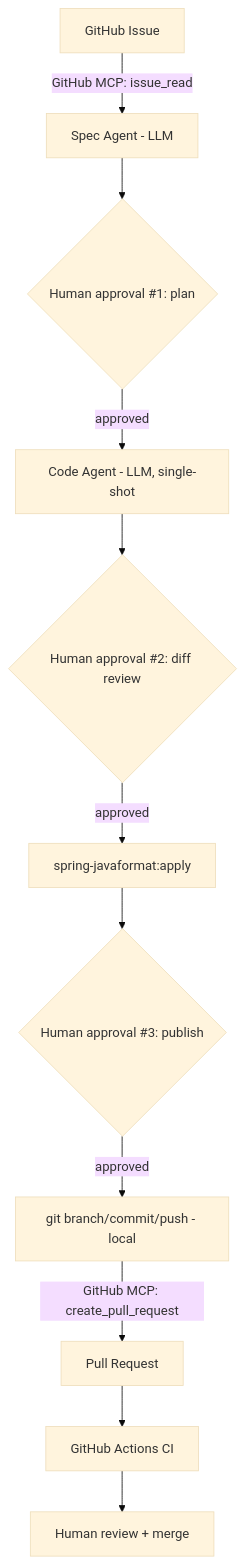
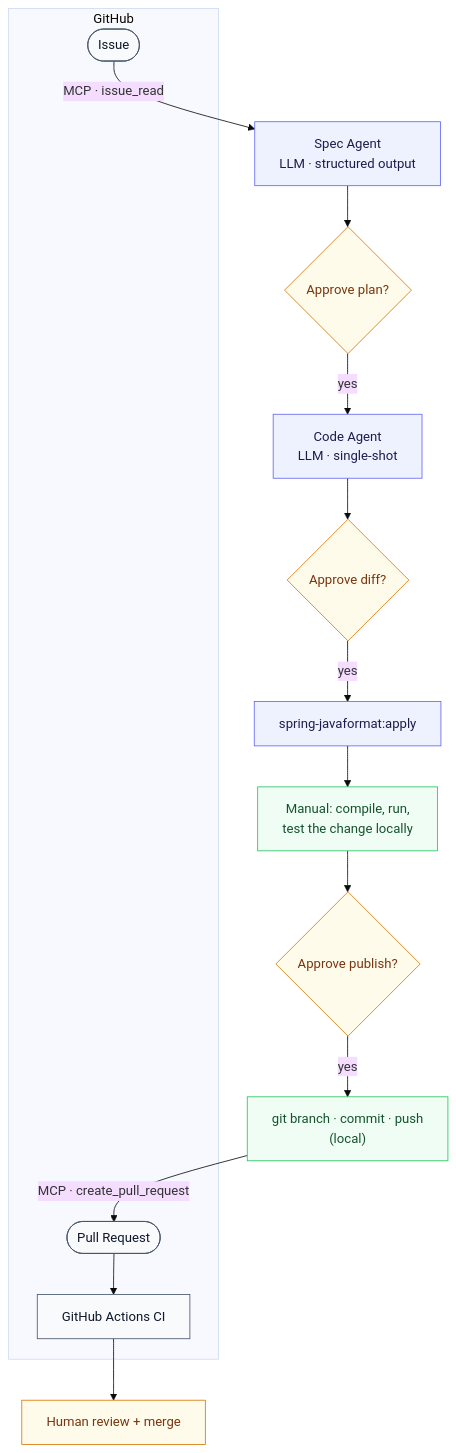
Before and after one commit to sparshgirdhar/AI-Native-PetClinic: the diagram in docs/sdlc-pipeline.md, drawn with Mermaid (base theme). The commit also changed other lines of this file, not shown here.

````diff
--- a/docs/sdlc-pipeline.md
+++ b/docs/sdlc-pipeline.md
@@ -9,13 +8,30 @@
 ```mermaid
 flowchart TB
-    Issue[GitHub Issue] -->|GitHub MCP: issue_read| Spec[Spec Agent - LLM]
-    Spec --> Gate1{Human approval #1: plan}
-    Gate1 -->|approved| Code[Code Agent - LLM, single-shot]
-    Code --> Gate2{Human approval #2: diff review}
-    Gate2 -->|approved| Format[spring-javaformat:apply]
-    Format --> Gate3{Human approval #3: publish}
-    Gate3 -->|approved| Git[git branch/commit/push - local]
-    Git -->|GitHub MCP: create_pull_request| PR[Pull Request]
-    PR --> CI[GitHub Actions CI]
-    CI --> Review[Human review + merge]
+    subgraph github["GitHub"]
+        Issue(["Issue"])
+        PR(["Pull Request"])
+        CI["GitHub Actions CI"]
+    end
+
+    Issue -->|"MCP · issue_read"| Spec["Spec Agent<br/>LLM · structured output"]
+    Spec --> Gate1{"Approve plan?"}
+    Gate1 -->|yes| Code["Code Agent<br/>LLM · single-shot"]
+    Code --> Gate2{"Approve diff?"}
+    Gate2 -->|yes| Format["spring-javaformat:apply"]
+    Format --> Manual["Manual: compile, run,<br/>test the change locally"]
+    Manual --> Gate3{"Approve publish?"}
+    Gate3 -->|yes| Git["git branch · commit · push<br/>(local)"]
+    Git -->|"MCP · create_pull_request"| PR
+    PR --> CI
+    CI --> Review["Human review + merge"]
+
+    classDef ai fill:#eef2ff,stroke:#6366f1,color:#1e1b4b
+    classDef gate fill:#fffbeb,stroke:#d97706,color:#78350f
+    classDef gh fill:#f8fafc,stroke:#475569,color:#0f172a
+    classDef local fill:#f0fdf4,stroke:#22c55e,color:#14532d
+
+    class Spec,Code,Format ai
+    class Gate1,Gate2,Gate3,Review gate
+    class Issue,PR,CI gh
+    class Git,Manual local
 ```
````
